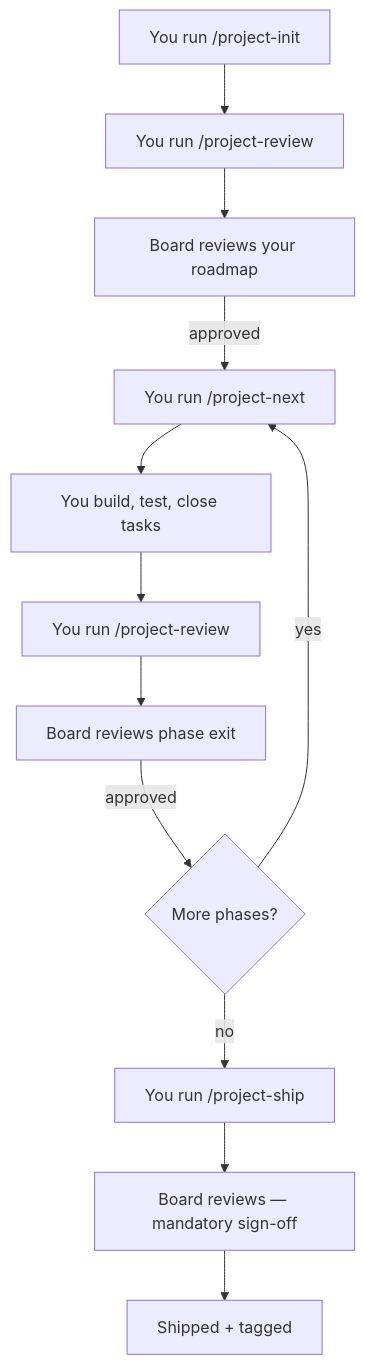
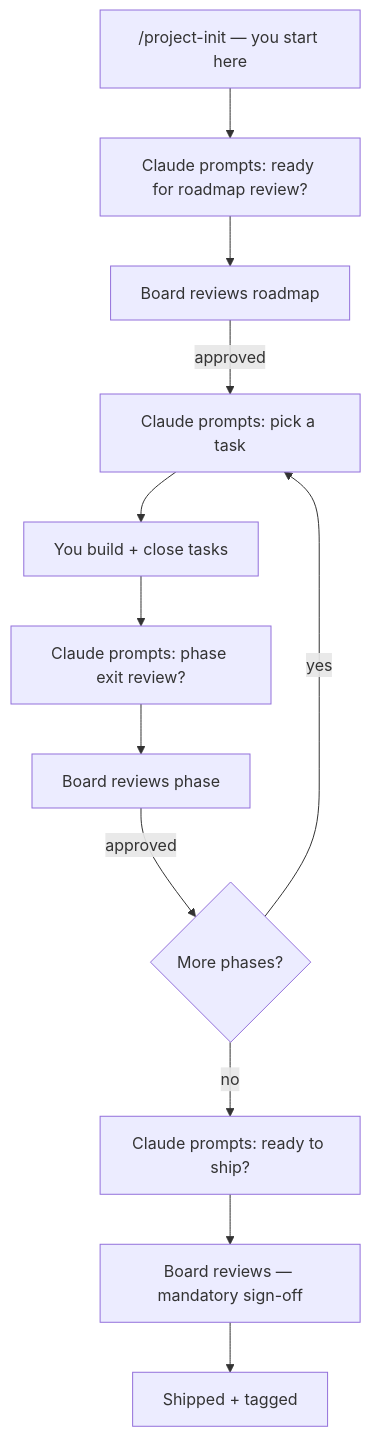
One commit to stefans71/FrontierBoard changed the third of 3 diagrams in README.md. Above: the diagram before and after it, drawn with Mermaid. The commit also changed other lines of this file, not shown here.

Commit message:
docs: lifecycle diagram — Claude prompts at each step, user only needs /project-init to start

````diff
--- a/README.md
+++ b/README.md
@@ -178,14 +178,14 @@
 ```mermaid
 graph TD
-    A["You run /project-init"] --> B["You run /project-review"]
-    B --> C["Board reviews your roadmap"]
-    C -->|approved| D["You run /project-next"]
-    D --> E["You build, test, close tasks"]
-    E --> F["You run /project-review"]
-    F --> G["Board reviews phase exit"]
+    A["/project-init — you start here"] --> B["Claude prompts: ready for roadmap review?"]
+    B --> C["Board reviews roadmap"]
+    C -->|approved| D["Claude prompts: pick a task"]
+    D --> E["You build + close tasks"]
+    E --> F["Claude prompts: phase exit review?"]
+    F --> G["Board reviews phase"]
     G -->|approved| H{"More phases?"}
     H -->|yes| D
-    H -->|no| I["You run /project-ship"]
+    H -->|no| I["Claude prompts: ready to ship?"]
     I --> J["Board reviews — mandatory sign-off"]
     J --> K["Shipped + tagged"]
 ```
````
